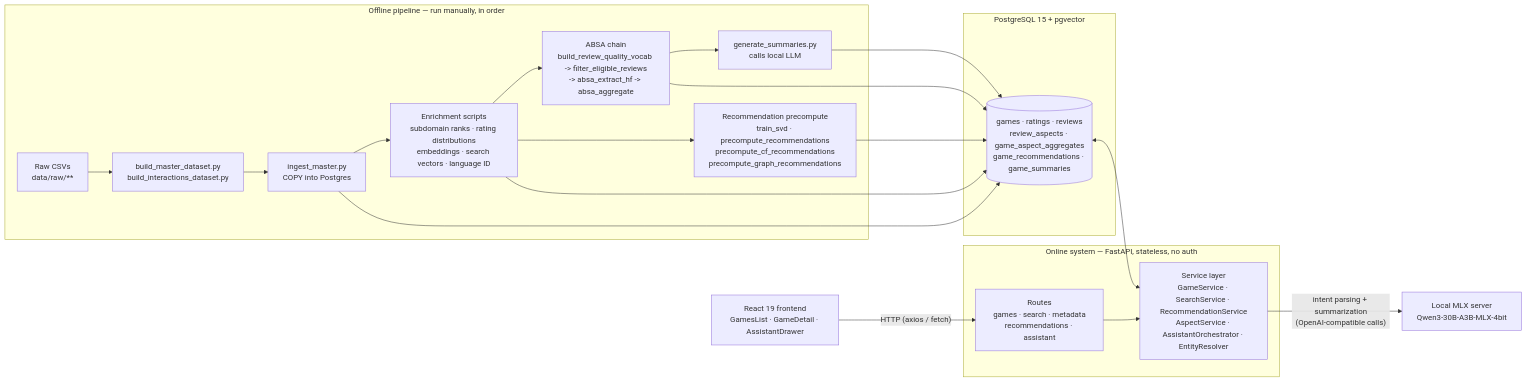
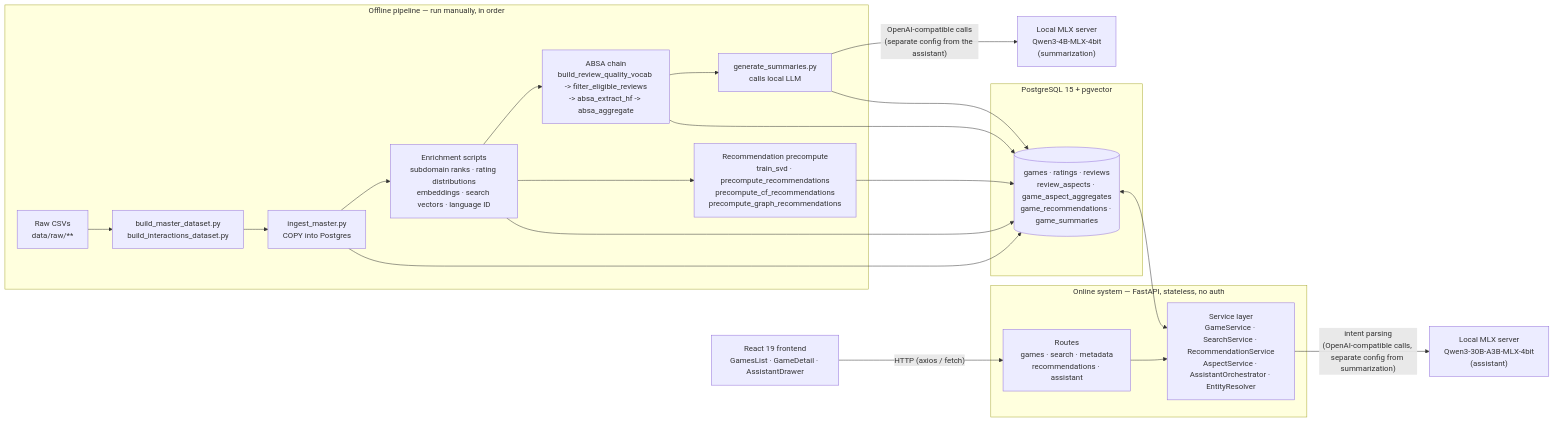
One commit to sina-negarandeh/ludora changed the diagram in docs/architecture/README.md. Above: the diagram before and after it, drawn with Mermaid. The commit also changed 4 other files, not shown here.

First line of the commit message:
docs: document summarization fixes, config separation, and batch run

````diff
--- a/docs/architecture/README.md
+++ b/docs/architecture/README.md
@@ -9,32 +9,34 @@
 ```mermaid
 flowchart LR
     subgraph Offline["Offline pipeline — run manually, in order"]
         RAW["Raw CSVs\ndata/raw/**"] --> MERGE["build_master_dataset.py\nbuild_interactions_dataset.py"]
         MERGE --> INGEST["ingest_master.py\nCOPY into Postgres"]
         INGEST --> ENRICH["Enrichment scripts\nsubdomain ranks · rating distributions\nembeddings · search vectors · language ID"]
         ENRICH --> ABSA["ABSA chain\nbuild_review_quality_vocab -> filter_eligible_reviews\n-> absa_extract_hf -> absa_aggregate"]
         ENRICH --> RECS["Recommendation precompute\ntrain_svd · precompute_recommendations\nprecompute_cf_recommendations\nprecompute_graph_recommendations"]
         ABSA --> SUMM["generate_summaries.py\ncalls local LLM"]
     end
+
+    SUMM -- "OpenAI-compatible calls\n(separate config from the assistant)" --> MLX2["Local MLX server\nQwen3-4B-MLX-4bit\n(summarization)"]
 
     subgraph DB["PostgreSQL 15 + pgvector"]
         TBLS[("games · ratings · reviews\nreview_aspects · game_aspect_aggregates\ngame_recommendations · game_summaries")]
     end
 
     INGEST --> TBLS
     ENRICH --> TBLS
     ABSA --> TBLS
     RECS --> TBLS
     SUMM --> TBLS
 
     subgraph Online["Online system — FastAPI, stateless, no auth"]
         API["Routes\ngames · search · metadata\nrecommendations · assistant"]
         SVC["Service layer\nGameService · SearchService · RecommendationService\nAspectService · AssistantOrchestrator · EntityResolver"]
         API --> SVC
     end
 
     TBLS <--> SVC
-    SVC -- "intent parsing + summarization\n(OpenAI-compatible calls)" --> MLX["Local MLX server\nQwen3-30B-A3B-MLX-4bit"]
+    SVC -- "intent parsing\n(OpenAI-compatible calls, separate config from summarization)" --> MLX["Local MLX server\nQwen3-30B-A3B-MLX-4bit\n(assistant)"]
 
     FE["React 19 frontend\nGamesList · GameDetail · AssistantDrawer"] -- "HTTP (axios / fetch)" --> API
 ```
````
